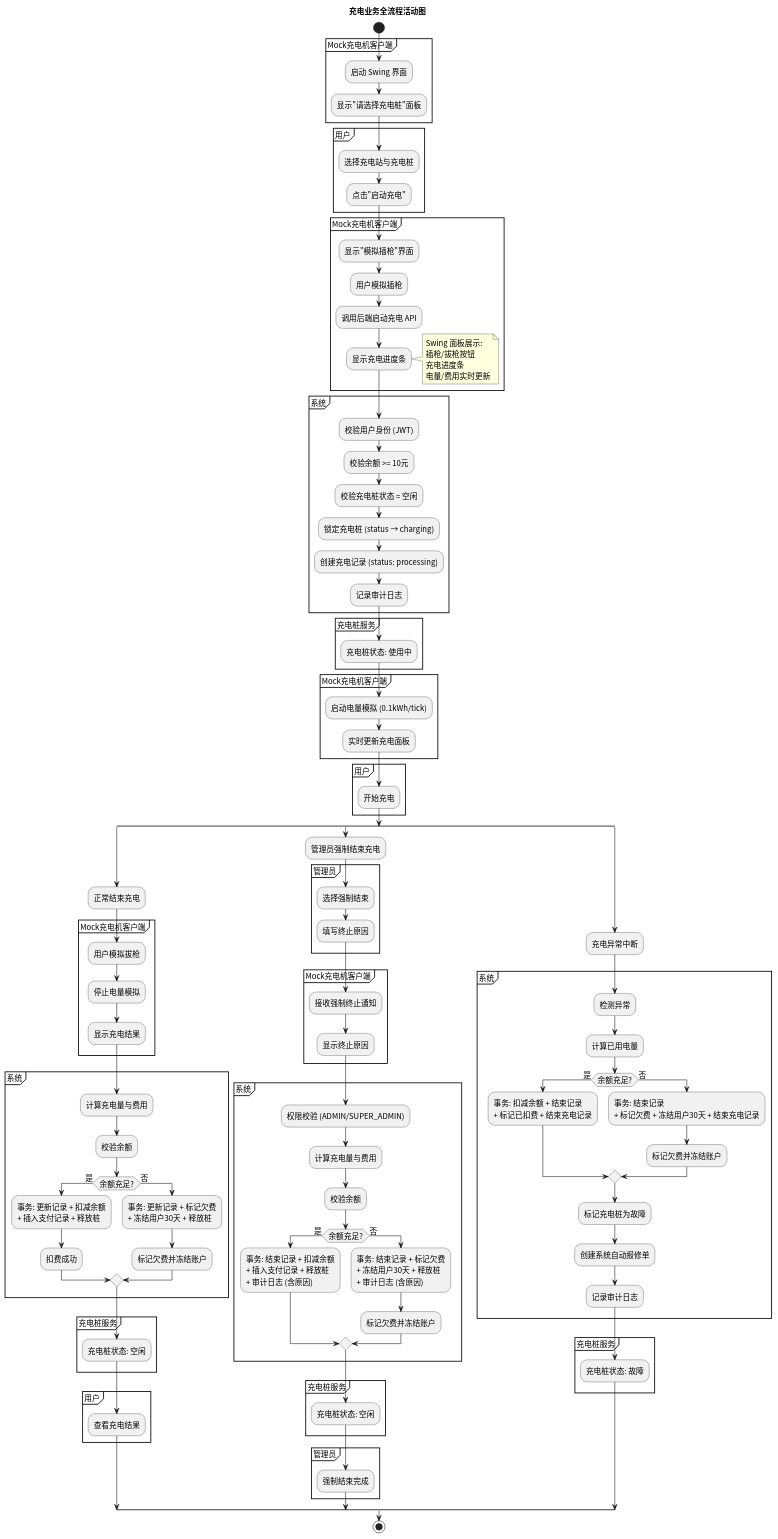
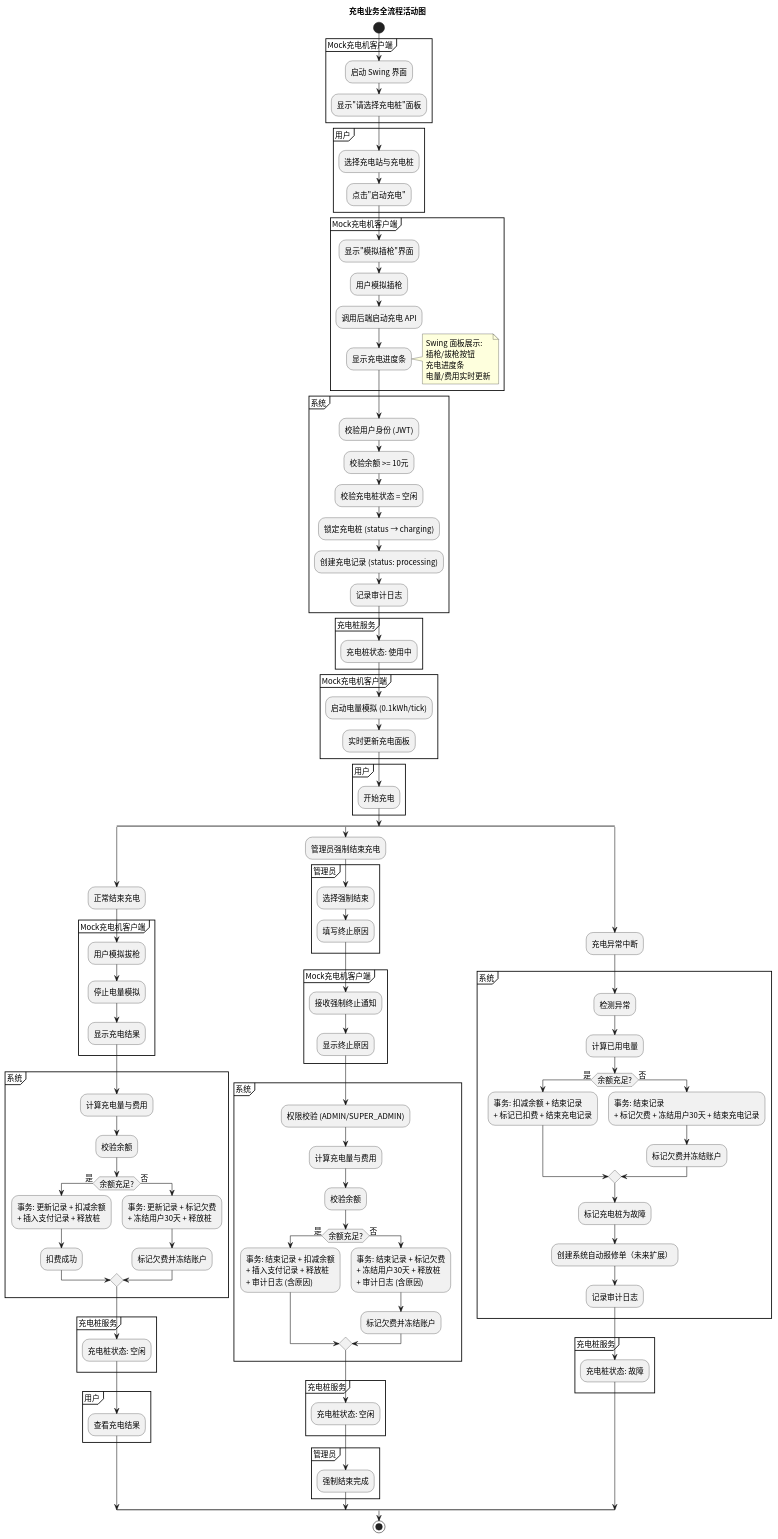
One commit to greenhandzdl/charging-station-doc changed the diagram in activity/src/activity_charging.puml. Above: the diagram before and after it, drawn with PlantUML. The commit also changed 15 other files, not shown here.

First line of the commit message:
fix: 第19轮评估修复 — 跨图一致性全面补全（3 CRITICAL + 2 MAJOR + 8 MINOR + 12 INFO）

```diff
--- a/activity/src/activity_charging.puml
+++ b/activity/src/activity_charging.puml
@@ -1,135 +1,135 @@
 @startuml
 skinparam defaultFontName "Noto Sans CJK SC"
 skinparam defaultFontSize 14
 title 充电业务全流程活动图
 
 start
 
 partition "Mock充电机客户端" {
   :启动 Swing 界面;
   :显示"请选择充电桩"面板;
 }
 
 partition "用户" {
   :选择充电站与充电桩;
   :点击"启动充电";
 }
 
 partition "Mock充电机客户端" {
   :显示"模拟插枪"界面;
   :用户模拟插枪;
   :调用后端启动充电 API;
   :显示充电进度条;
   note right
     Swing 面板展示:
     插枪/拔枪按钮
     充电进度条
     电量/费用实时更新
   end note
 }
 
 partition "系统" {
   :校验用户身份 (JWT);
   :校验余额 >= 10元;
   :校验充电桩状态 = 空闲;
   :锁定充电桩 (status → charging);
   :创建充电记录 (status: processing);
   :记录审计日志;
 }
 
 partition "充电桩服务" {
   :充电桩状态: 使用中;
 }
 
 partition "Mock充电机客户端" {
   :启动电量模拟 (0.1kWh/tick);
   :实时更新充电面板;
 }
 
 partition "用户" {
   :开始充电;
 }
 
 split
   :正常结束充电;
   partition "Mock充电机客户端" {
     :用户模拟拔枪;
     :停止电量模拟;
     :显示充电结果;
   }
 
   partition "系统" {
     :计算充电量与费用;
     :校验余额;
     if (余额充足?) then (是)
       :事务: 更新记录 + 扣减余额\n+ 插入支付记录 + 释放桩;
       :扣费成功;
     else (否)
       :事务: 更新记录 + 标记欠费\n+ 冻结用户30天 + 释放桩;
       :标记欠费并冻结账户;
     endif
   }
 
   partition "充电桩服务" {
     :充电桩状态: 空闲;
   }
 
   partition "用户" {
     :查看充电结果;
   }
 split again
   :管理员强制结束充电;
 
   partition "管理员" {
     :选择强制结束;
     :填写终止原因;
   }
 
   partition "Mock充电机客户端" {
     :接收强制终止通知;
     :显示终止原因;
   }
 
   partition "系统" {
     :权限校验 (ADMIN/SUPER_ADMIN);
     :计算充电量与费用;
     :校验余额;
     if (余额充足?) then (是)
       :事务: 结束记录 + 扣减余额\n+ 插入支付记录 + 释放桩\n+ 审计日志 (含原因);
     else (否)
       :事务: 结束记录 + 标记欠费\n+ 冻结用户30天 + 释放桩\n+ 审计日志 (含原因);
       :标记欠费并冻结账户;
     endif
   }
 
   partition "充电桩服务" {
     :充电桩状态: 空闲;
   }
 
   partition "管理员" {
     :强制结束完成;
   }
 split again
   :充电异常中断;
 
   partition "系统" {
     :检测异常;
     :计算已用电量;
     if (余额充足?) then (是)
       :事务: 扣减余额 + 结束记录\n+ 标记已扣费 + 结束充电记录;
     else (否)
       :事务: 结束记录\n+ 标记欠费 + 冻结用户30天 + 结束充电记录;
       :标记欠费并冻结账户;
     endif
     :标记充电桩为故障;
-    :创建系统自动报修单;
+    :创建系统自动报修单（未来扩展）;
     :记录审计日志;
   }
 
   partition "充电桩服务" {
     :充电桩状态: 故障;
   }
 end split
 
 stop
 @enduml
```
